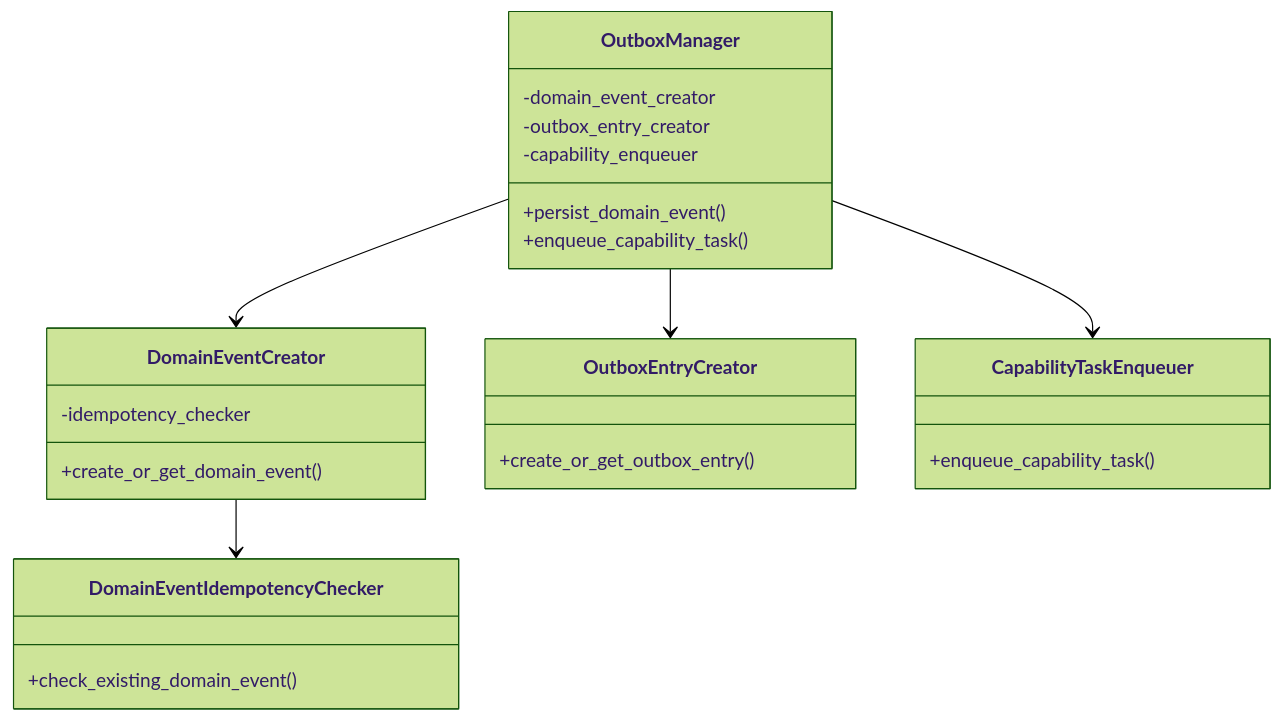
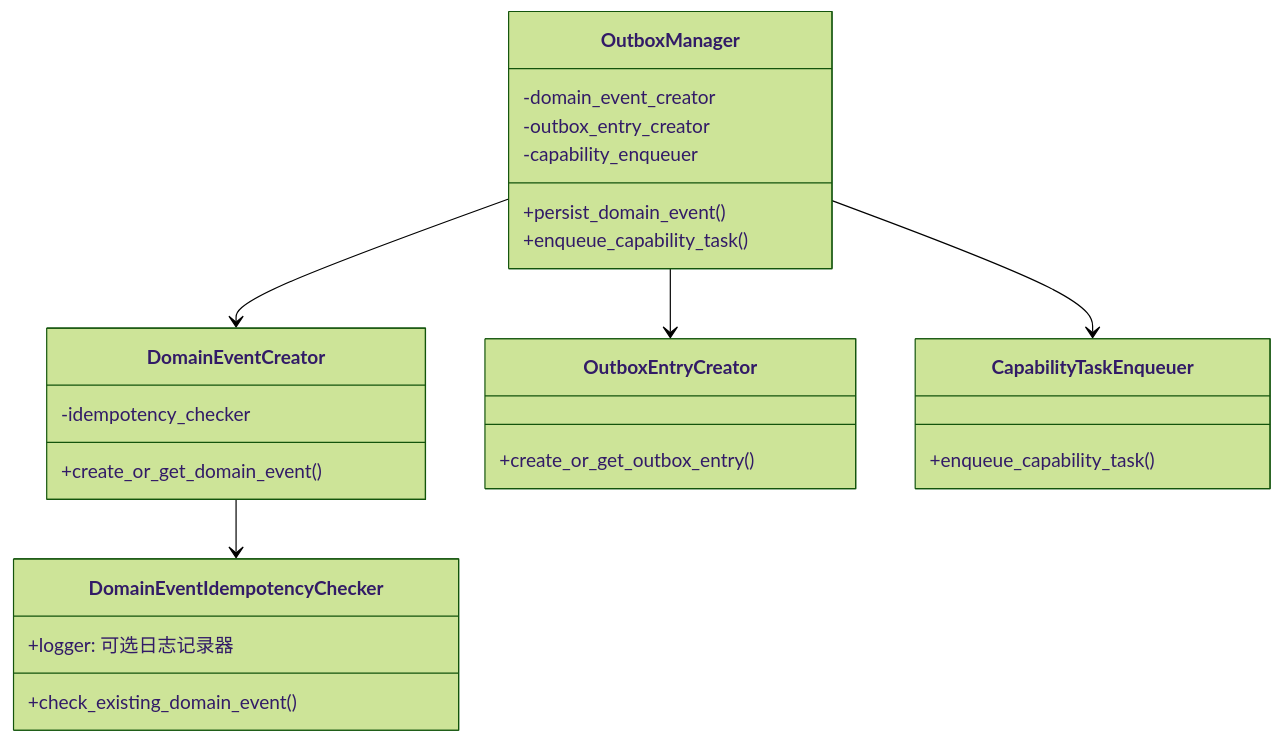
Diagram 14 of 41 in apps/backend/src/agents/orchestrator/README.md (zhiyue/infinite-scribe), drawn with Mermaid (forest theme) before and after one commit. The commit also changed other lines of this file, not shown here.

````diff
--- a/apps/backend/src/agents/orchestrator/README.md
+++ b/apps/backend/src/agents/orchestrator/README.md
@@ -622,32 +622,33 @@
 ```mermaid
 classDiagram
     class OutboxManager {
         +persist_domain_event()
         +enqueue_capability_task()
         -domain_event_creator
         -outbox_entry_creator
         -capability_enqueuer
     }
     
     class DomainEventCreator {
         +create_or_get_domain_event()
         -idempotency_checker
     }
     
     class OutboxEntryCreator {
         +create_or_get_outbox_entry()
     }
     
     class CapabilityTaskEnqueuer {
         +enqueue_capability_task()
     }
     
     class DomainEventIdempotencyChecker {
         +check_existing_domain_event()
+        +logger: 可选日志记录器
     }
     
     OutboxManager --> DomainEventCreator
     OutboxManager --> OutboxEntryCreator
     OutboxManager --> CapabilityTaskEnqueuer
     DomainEventCreator --> DomainEventIdempotencyChecker
 ```
````
